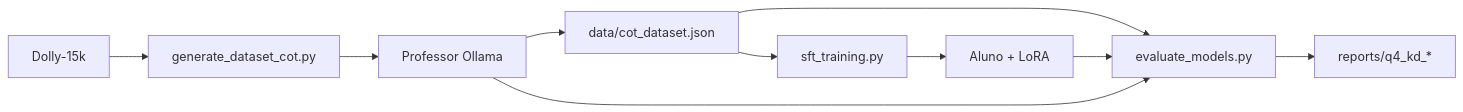
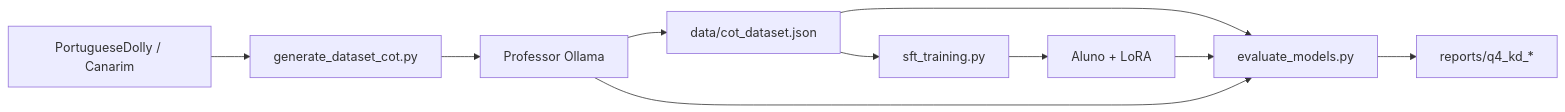
The diagram in q4-knowledge_distillation/README.md (vickminari/qwen-finetuning-rag-project), drawn with Mermaid before and after one commit. The commit also changed other lines of this file and 2 other files, not shown here.

Commit message:
ajuste no dataset base para professores

````diff
--- a/q4-knowledge_distillation/README.md
+++ b/q4-knowledge_distillation/README.md
@@ -207,12 +217,12 @@
 ```mermaid
 flowchart LR
-    A[Dolly-15k] --> B[generate_dataset_cot.py]
+    A[PortugueseDolly / Canarim] --> B[generate_dataset_cot.py]
     B --> C[Professor Ollama]
     C --> D[data/cot_dataset.json]
     D --> E[sft_training.py]
     E --> F[Aluno + LoRA]
     D --> G[evaluate_models.py]
     F --> G
     C --> G
     G --> H[reports/q4_kd_*]
 ```
````
